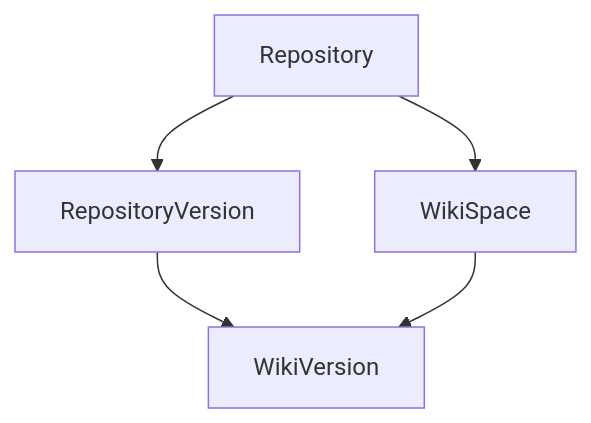
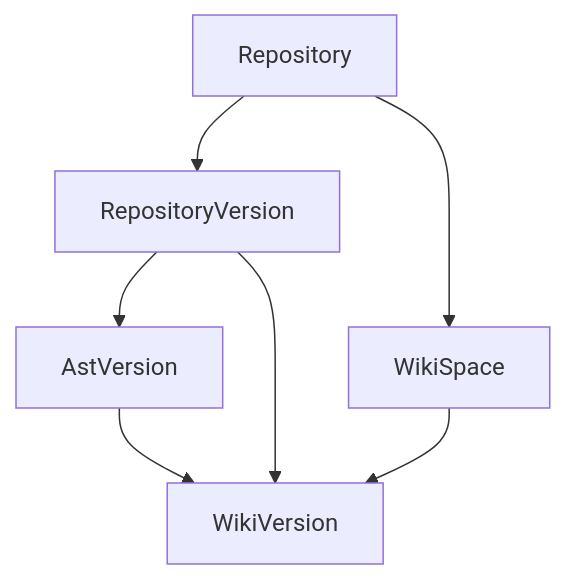
The first of 3 diagrams in docs/architecture/overview/domain-model.md (daohunliwei/Heimdall), drawn with Mermaid before and after one commit. The commit also changed other lines of this file and 5 other files, not shown here.

````diff
--- a/docs/architecture/overview/domain-model.md
+++ b/docs/architecture/overview/domain-model.md
@@ -31,12 +32,15 @@
 ```mermaid
 flowchart TD
     Repository[Repository]
     RepositoryVersion[RepositoryVersion]
+    AstVersion[AstVersion]
     WikiSpace[WikiSpace]
     WikiVersion[WikiVersion]
 
     Repository --> RepositoryVersion
     Repository --> WikiSpace
+    RepositoryVersion --> AstVersion
     RepositoryVersion --> WikiVersion
     WikiSpace --> WikiVersion
+    AstVersion --> WikiVersion
 ```
````
